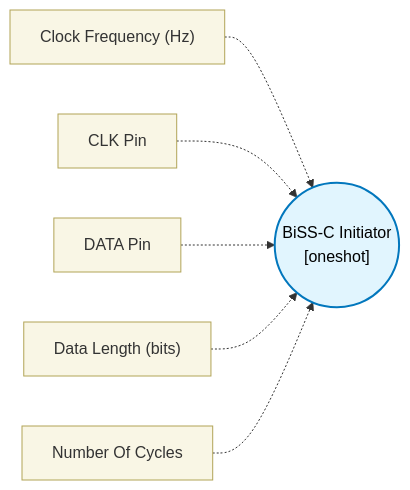
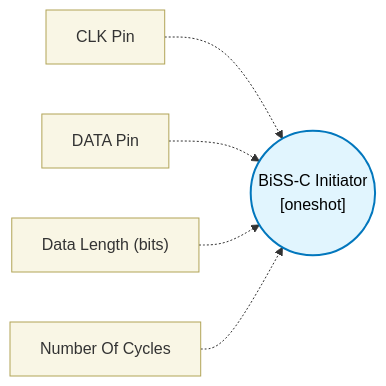
Before and after one commit to TexasInstruments/pru-no-code-tool: the diagram in docs/block-reference/blocks/biss_c_initiator_block/design.md, drawn with Mermaid. The commit also changed other lines of this file and 161 other files, not shown here.

````diff
--- a/docs/block-reference/blocks/biss_c_initiator_block/design.md
+++ b/docs/block-reference/blocks/biss_c_initiator_block/design.md
@@ -11,11 +11,10 @@
 ```mermaid
 flowchart LR
   classDef config fill:#f9f6e5,stroke:#b1a457,stroke-width:1px,color:#333;
   classDef core fill:#e1f5fe,stroke:#0277bd,stroke-width:2px,color:#000;
   CORE(("BiSS-C Initiator\n[oneshot]")):::core
-  CFG0["Clock Frequency (Hz)"]:::config -.-> CORE
-  CFG1["CLK Pin"]:::config -.-> CORE
-  CFG2["DATA Pin"]:::config -.-> CORE
-  CFG3["Data Length (bits)"]:::config -.-> CORE
-  CFG4["Number Of Cycles"]:::config -.-> CORE
+  CFG0["CLK Pin"]:::config -.-> CORE
+  CFG1["DATA Pin"]:::config -.-> CORE
+  CFG2["Data Length (bits)"]:::config -.-> CORE
+  CFG3["Number Of Cycles"]:::config -.-> CORE
 ```
````
